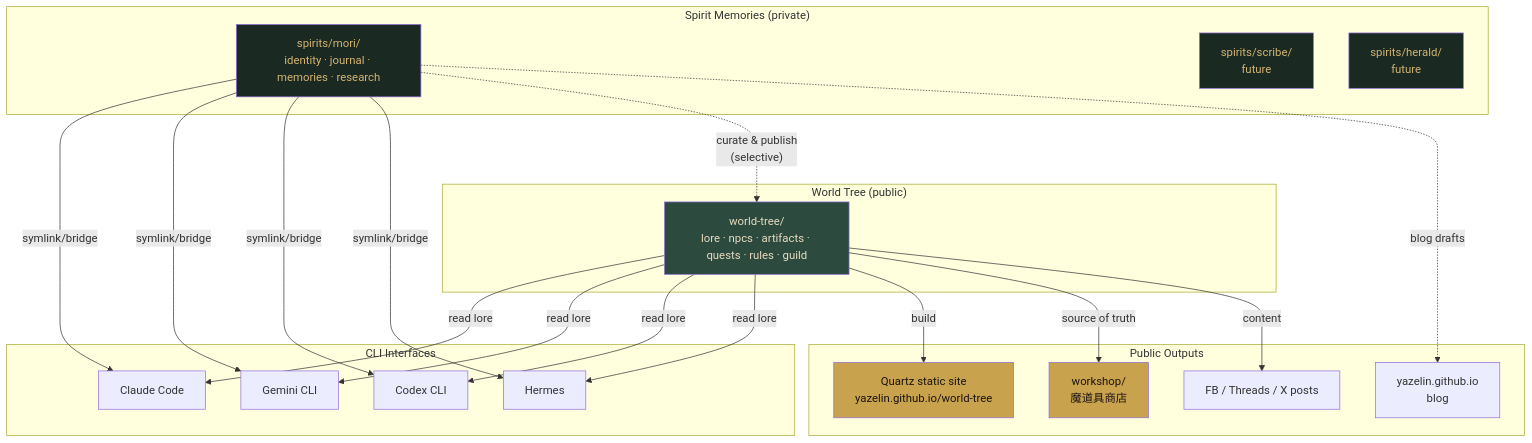
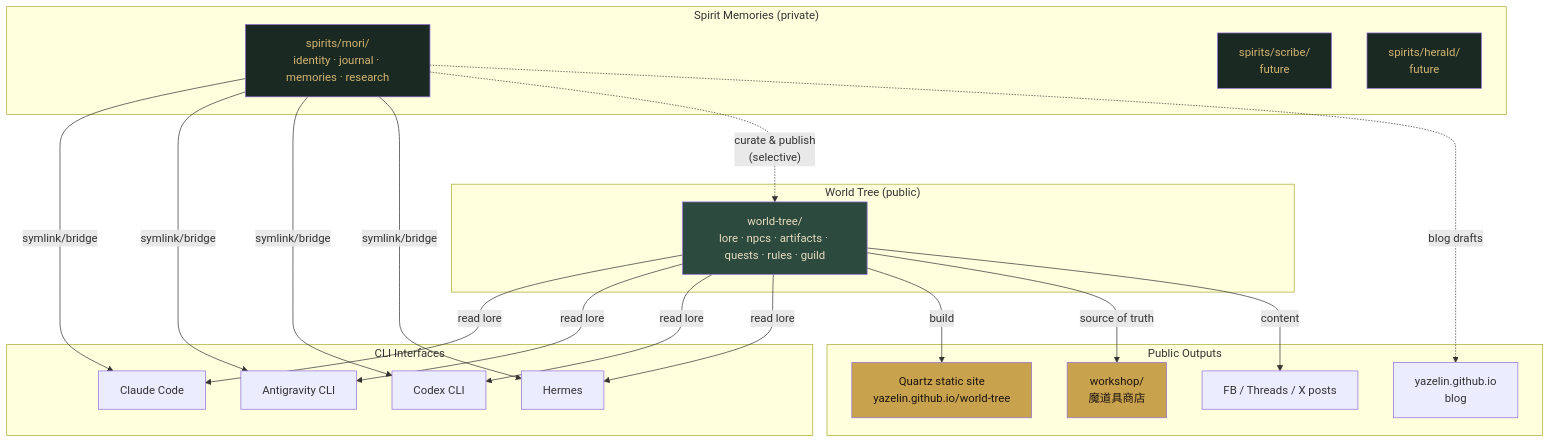
The first of 4 diagrams in ARCHITECTURE.md (yazelin/world-tree), drawn with Mermaid before and after one commit. The commit also changed other lines of this file and 51 other files, not shown here.

First line of the commit message:
Gemini CLI 換為 Antigravity CLI，魔道具正史擴為 35 件九系 (#1)

````diff
--- a/ARCHITECTURE.md
+++ b/ARCHITECTURE.md
@@ -58,50 +58,50 @@
 ```mermaid
 graph TB
  subgraph SpiritsPrivate["Spirit Memories (private)"]
  M[spirits/mori/<br/>identity · journal · memories · research]
  S[spirits/scribe/<br/>future]
  H[spirits/herald/<br/>future]
  end
 
  subgraph WorldTree["World Tree (public)"]
  WT[world-tree/<br/>lore · npcs · artifacts · quests · rules · guild]
  end
 
  subgraph CLIs["CLI Interfaces"]
  CC[Claude Code]
- GC[Gemini CLI]
+ GC[Antigravity CLI]
  CX[Codex CLI]
  HE[Hermes]
  end
 
  subgraph PublicOutputs["Public Outputs"]
  WS[workshop/<br/>魔道具商店]
  QZ[Quartz static site<br/>yazelin.github.io/world-tree]
  BL[yazelin.github.io<br/>blog]
  FB[FB / Threads / X posts]
  end
 
  M -->|symlink/bridge| CC
  M -->|symlink/bridge| GC
  M -->|symlink/bridge| CX
  M -->|symlink/bridge| HE
 
  WT -->|read lore| CC
  WT -->|read lore| GC
  WT -->|read lore| CX
  WT -->|read lore| HE
 
  WT -->|build| QZ
  WT -->|source of truth| WS
  WT -->|content| FB
 
  M -.->|"curate & publish<br/>(selective)"| WT
  M -.->|blog drafts| BL
 
  style M fill:#1a2921,color:#d4b572
  style S fill:#1a2921,color:#d4b572
  style H fill:#1a2921,color:#d4b572
  style WT fill:#2d4a3e,color:#e8dcc0
  style WS fill:#c9a24d,color:#1a1410
  style QZ fill:#c9a24d,color:#1a1410
 ```
````
